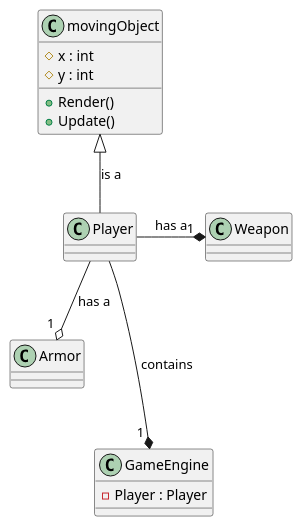
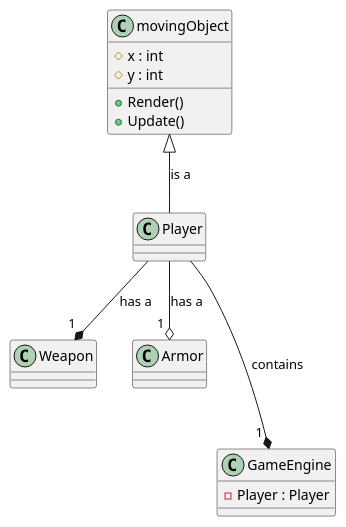
The diagram in diagram.pu (NoahHakansson/SE-PA1460), drawn with PlantUML before and after one commit. The commit also changed 1 other file, not shown here.

Commit message:
push new folder for assignments and change in test UML diagram

```diff
--- a/diagram.pu
+++ b/diagram.pu
@@ -1,19 +1,19 @@
 @startuml testGameDiagram
 class movingObject{
     #x : int
     #y : int
     +Render()
     +Update()
 }
 class Player
 class Weapon
 class Armor
 class GameEngine
 
 movingObject <|-- Player: is a
-Player -* " 1 " Weapon: has a
+Player --* " 1 " Weapon: has a
 Player --o " 1 "Armor: has a
 Player ---* " 1 " GameEngine: contains
 
 GameEngine : -Player : Player
 @enduml
```
